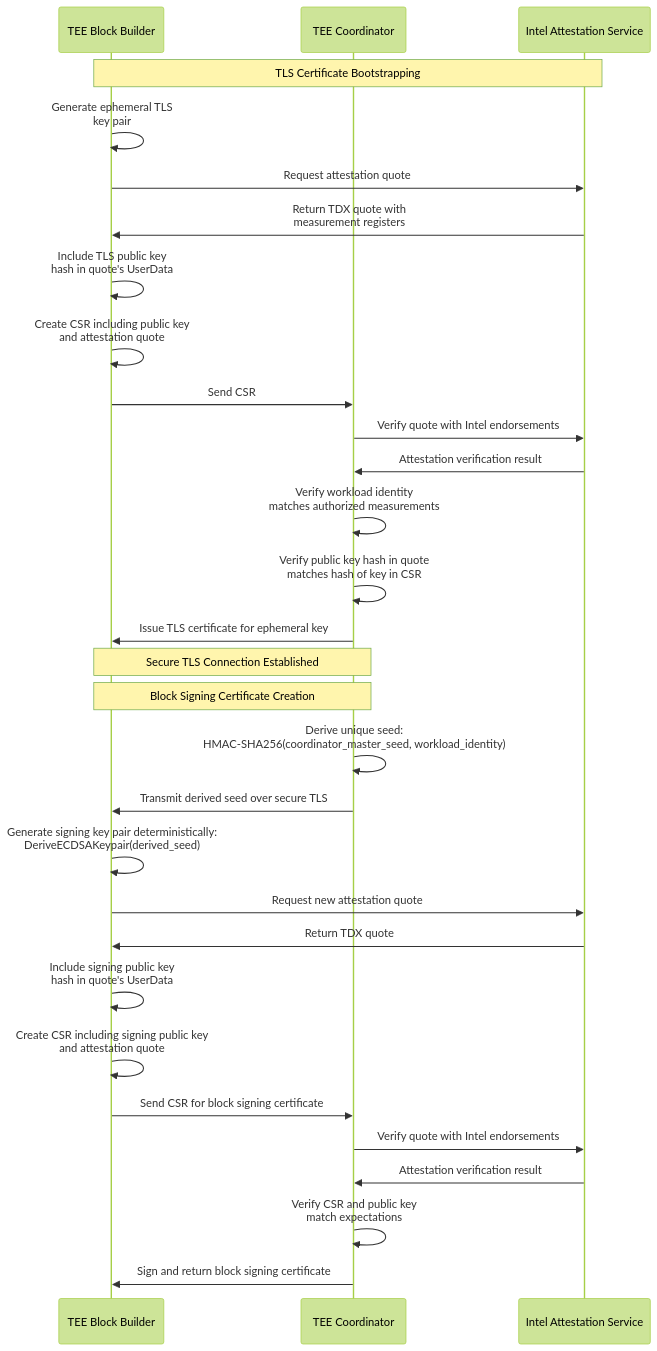
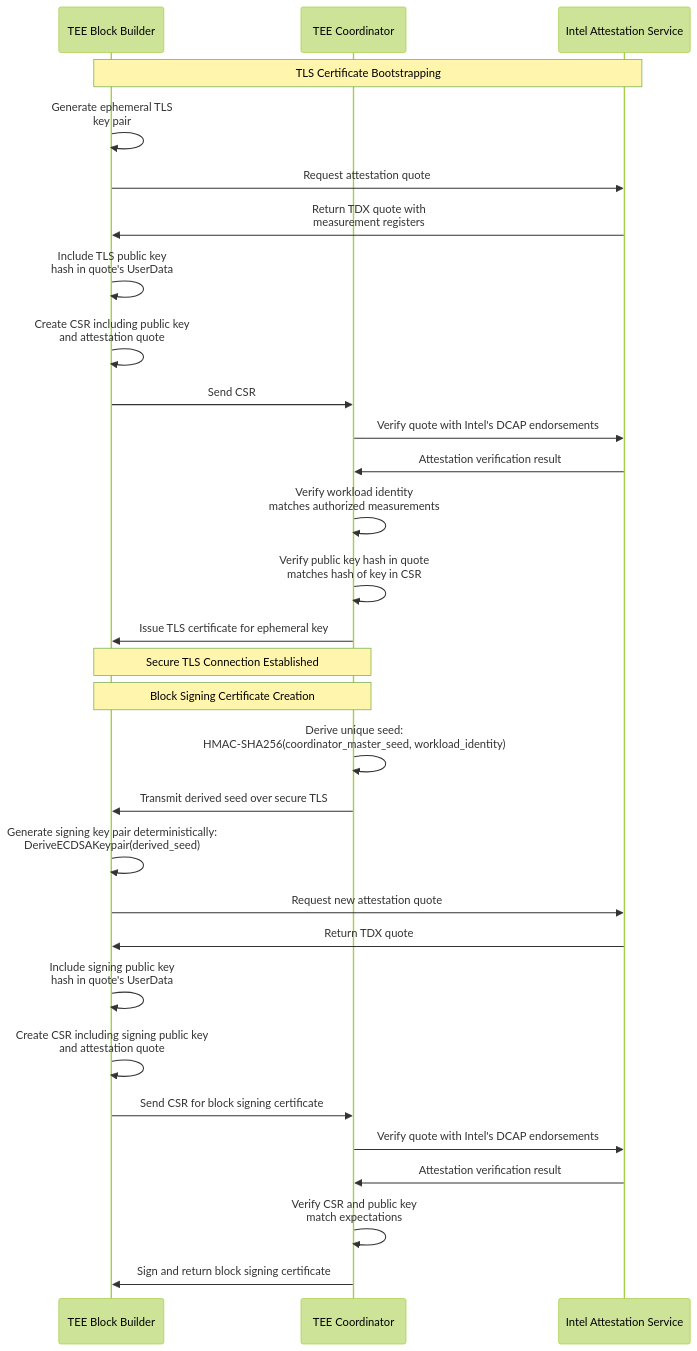
One commit to fnerdman/tee-l2-spec changed the second of 2 diagrams in README.md. Above: the diagram before and after it, drawn with Mermaid (forest theme). The commit also changed other lines of this file, not shown here.

````diff
--- a/README.md
+++ b/README.md
@@ -608,42 +611,42 @@
 ```mermaid
 sequenceDiagram
     participant BB as TEE Block Builder
     participant TC as TEE Coordinator
     participant IAS as Intel Attestation Service
     
     Note over BB,IAS: TLS Certificate Bootstrapping
     
     BB->>BB: Generate ephemeral TLS<br/>key pair
     BB->>IAS: Request attestation quote
     IAS->>BB: Return TDX quote with<br/>measurement registers
     BB->>BB: Include TLS public key<br/>hash in quote's UserData
     BB->>BB: Create CSR including public key<br/>and attestation quote
     BB->>TC: Send CSR
     
-    TC->>IAS: Verify quote with Intel endorsements
+    TC->>IAS: Verify quote with Intel's DCAP endorsements
     IAS->>TC: Attestation verification result
     
     TC->>TC: Verify workload identity<br/>matches authorized measurements
     TC->>TC: Verify public key hash in quote<br/>matches hash of key in CSR
     
     TC->>BB: Issue TLS certificate for ephemeral key
     
     Note over BB,TC: Secure TLS Connection Established
     
     Note over BB,TC: Block Signing Certificate Creation
     
     TC->>TC: Derive unique seed:<br/>HMAC-SHA256(coordinator_master_seed, workload_identity)
     TC->>BB: Transmit derived seed over secure TLS
     
     BB->>BB: Generate signing key pair deterministically:<br/>DeriveECDSAKeypair(derived_seed)
     BB->>IAS: Request new attestation quote
     IAS->>BB: Return TDX quote
     BB->>BB: Include signing public key<br/>hash in quote's UserData
     BB->>BB: Create CSR including signing public key<br/>and attestation quote
     BB->>TC: Send CSR for block signing certificate
     
-    TC->>IAS: Verify quote with Intel endorsements
+    TC->>IAS: Verify quote with Intel's DCAP endorsements
     IAS->>TC: Attestation verification result
     TC->>TC: Verify CSR and public key<br/>match expectations
     TC->>BB: Sign and return block signing certificate
 ```
````
